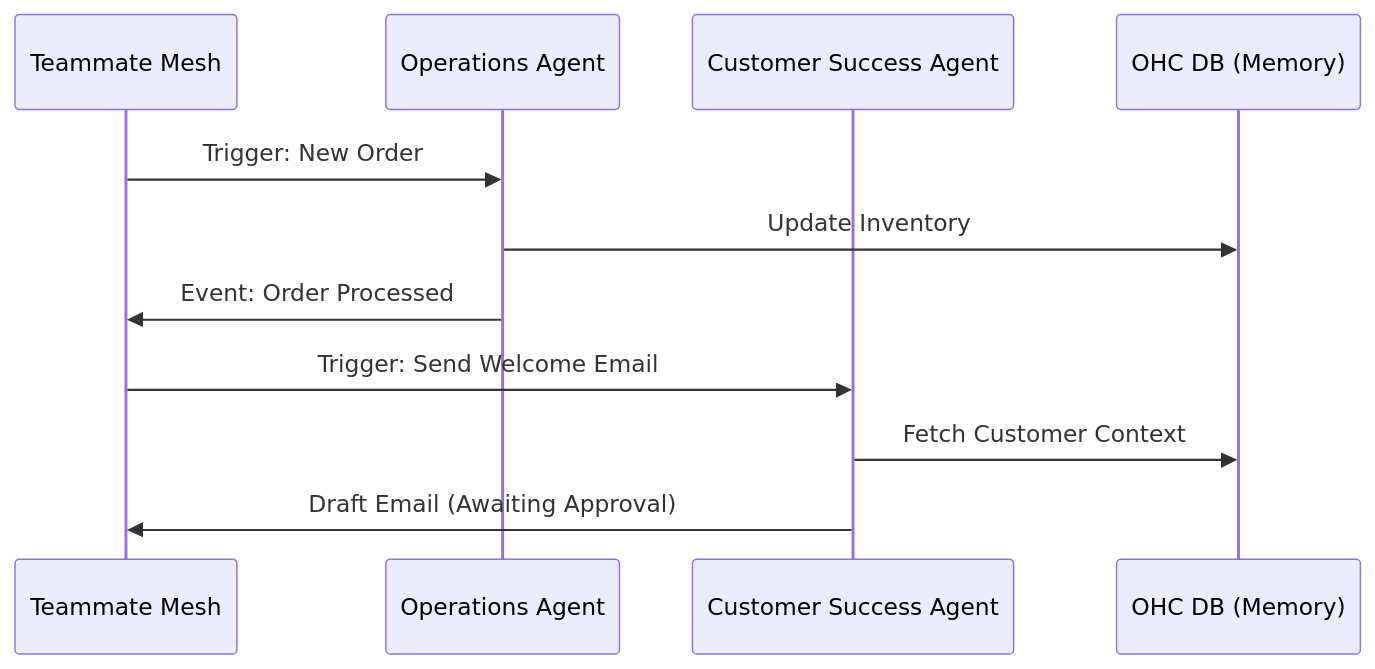
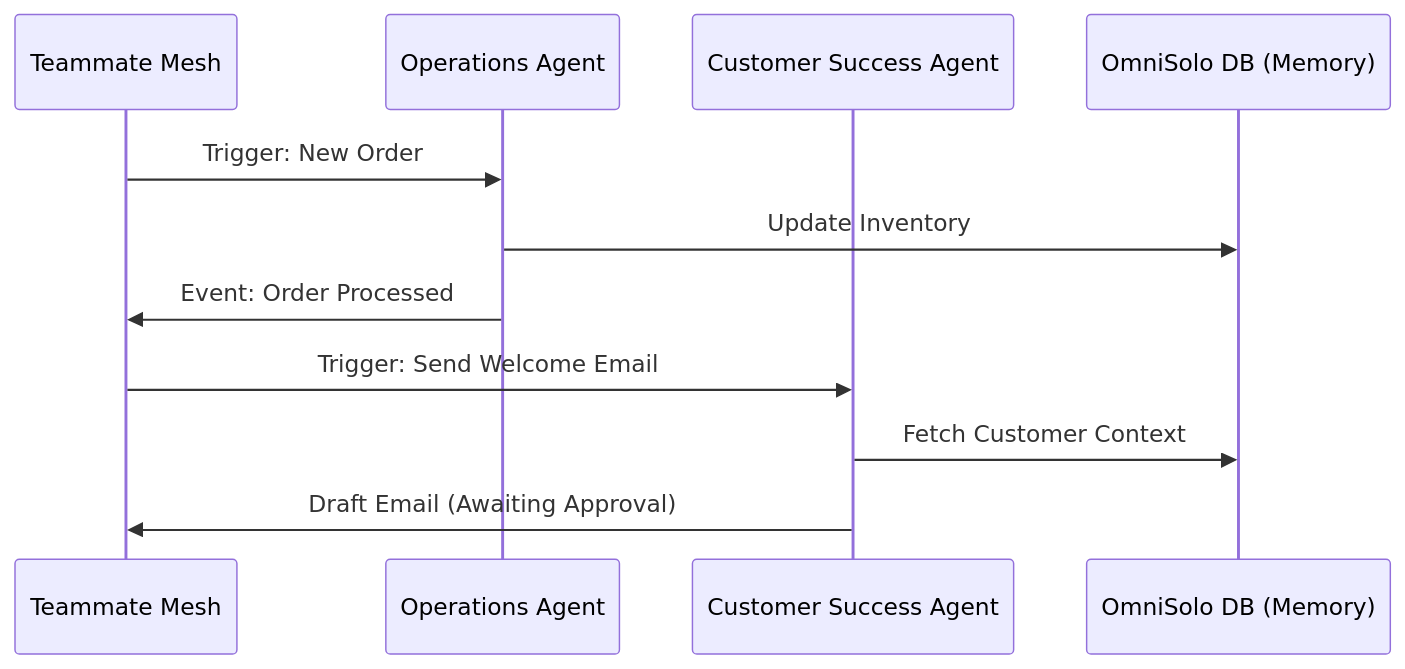
The fourth of 5 diagrams in docs/architecture/design_suite/complete_architecture_design_suite.md (omnisolo-llc/onehumancorp), drawn with Mermaid before and after one commit. The commit also changed other lines of this file and 2191 other files, not shown here.

Commit message:
feat: complete OmniSolo rename and browser audit

````diff
--- a/docs/architecture/design_suite/complete_architecture_design_suite.md
+++ b/docs/architecture/design_suite/complete_architecture_design_suite.md
@@ -130,14 +130,14 @@
 ```mermaid
 sequenceDiagram
     participant Hub as Teammate Mesh
     participant Op as Operations Agent
     participant CS as Customer Success Agent
-    participant DB as OHC DB (Memory)
+    participant DB as OmniSolo DB (Memory)
 
     Hub->>Op: Trigger: New Order
     Op->>DB: Update Inventory
     Op->>Hub: Event: Order Processed
     Hub->>CS: Trigger: Send Welcome Email
     CS->>DB: Fetch Customer Context
     CS->>Hub: Draft Email (Awaiting Approval)
 ```
````
